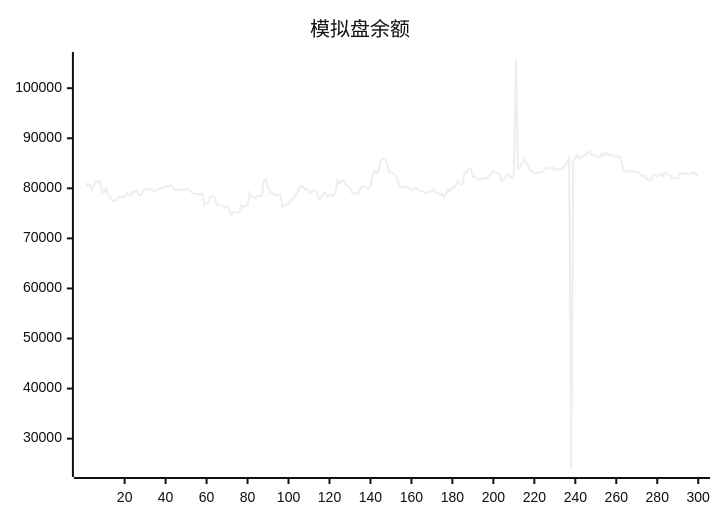
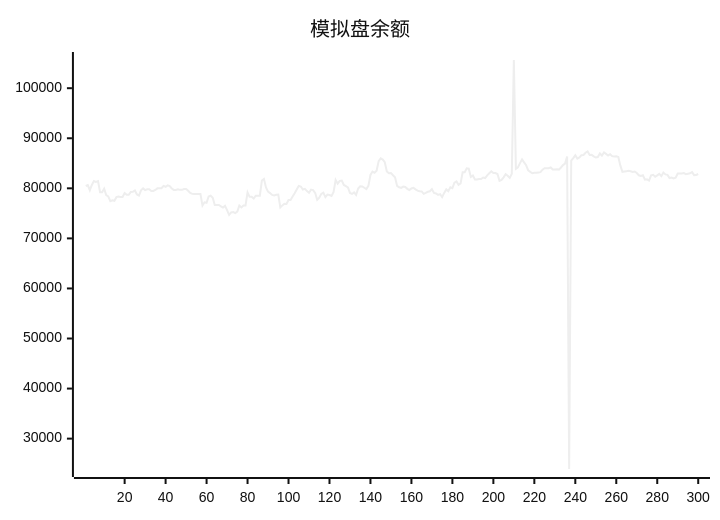
The diagram in README.md (aahl/ai-trading), drawn with Mermaid (neutral theme) before and after one commit. The commit also changed other lines of this file and 1 other file, not shown here.

````diff
--- a/README.md
+++ b/README.md
@@ -5,5 +5,5 @@
 ```mermaid
 xychart
     title "模拟盘余额"
-    line [81119,80471,80631,79624,80670,81448,81290,81429,79212,79222,79940,78643,78380,77432,77623,77504,78235,78358,78284,78277,79048,78714,78714,79290,79308,79567,78763,78563,79603,79988,79652,79813,79813,79476,79469,79673,79995,80015,80015,80486,80314,80600,80436,79966,79689,79689,79819,79692,79692,79850,79850,79518,79071,78889,78850,78850,78878,78878,76554,77202,77103,78357,78510,78106,76678,76677,76672,76411,76159,76485,75656,74695,75197,75246,75052,75334,76564,76179,76553,76551,79196,78300,78300,77944,78531,78531,78521,81564,81884,80160,79335,79055,78675,78580,78708,78764,76179,76586,76902,76876,77658,77669,78346,79023,79769,80497,80366,79761,79896,79448,79126,79749,79658,79097,77695,78114,78888,79126,78249,78738,78653,78478,79271,81680,80923,81488,81527,80681,80455,80190,79084,78879,79193,78686,79954,80403,80374,80118,79848,80491,82665,83351,83098,83525,85430,85983,85737,85221,83378,83014,83043,82613,82216,80477,80208,80081,80348,80277,79894,79670,79965,80093,79786,79542,79406,79371,78893,79087,79304,79406,79841,79072,78978,78696,78846,78272,79085,79787,79442,80198,80031,81120,81379,80718,80985,83214,83212,83993,83921,82270,82547,81776,81776,81866,81866,82158,82061,82596,83000,83408,83041,83050,82858,81503,81691,82188,82812,82517,82092,82901,105633,83898,84180,85030,85781,85178,84604,83569,83298,83008,83093,83107,83175,83228,83729,84025,84017,84019,84177,83775,83762,83785,83738,84160,84639,84939,86370,23934,85548,86046,86599,85942,86161,86622,86664,87115,87369,86666,86685,86384,86152,86243,86969,86548,87164,86885,86566,86809,86427,86348,86417,86273,84538,83299,83369,83430,83490,83404,83270,83362,83056,82605,82459,82614,81734,81788,81551,82598,82702,82320,82580,82878,82426,83139,82778,82686,82056,82166,81963,82110,82951,82983,82984,83038,82838,82915,82998,83235,82642,82682]
+    line [80471,80631,79624,80670,81448,81290,81429,79212,79222,79940,78643,78380,77432,77623,77504,78235,78358,78284,78277,79048,78714,78714,79290,79308,79567,78763,78563,79603,79988,79652,79813,79813,79476,79469,79673,79995,80015,80015,80486,80314,80600,80436,79966,79689,79689,79819,79692,79692,79850,79850,79518,79071,78889,78850,78850,78878,78878,76554,77202,77103,78357,78510,78106,76678,76677,76672,76411,76159,76485,75656,74695,75197,75246,75052,75334,76564,76179,76553,76551,79196,78300,78300,77944,78531,78531,78521,81564,81884,80160,79335,79055,78675,78580,78708,78764,76179,76586,76902,76876,77658,77669,78346,79023,79769,80497,80366,79761,79896,79448,79126,79749,79658,79097,77695,78114,78888,79126,78249,78738,78653,78478,79271,81680,80923,81488,81527,80681,80455,80190,79084,78879,79193,78686,79954,80403,80374,80118,79848,80491,82665,83351,83098,83525,85430,85983,85737,85221,83378,83014,83043,82613,82216,80477,80208,80081,80348,80277,79894,79670,79965,80093,79786,79542,79406,79371,78893,79087,79304,79406,79841,79072,78978,78696,78846,78272,79085,79787,79442,80198,80031,81120,81379,80718,80985,83214,83212,83993,83921,82270,82547,81776,81776,81866,81866,82158,82061,82596,83000,83408,83041,83050,82858,81503,81691,82188,82812,82517,82092,82901,105633,83898,84180,85030,85781,85178,84604,83569,83298,83008,83093,83107,83175,83228,83729,84025,84017,84019,84177,83775,83762,83785,83738,84160,84639,84939,86370,23934,85548,86046,86599,85942,86161,86622,86664,87115,87369,86666,86685,86384,86152,86243,86969,86548,87164,86885,86566,86809,86427,86348,86417,86273,84538,83299,83369,83430,83490,83404,83270,83362,83056,82605,82459,82614,81734,81788,81551,82598,82702,82320,82580,82878,82426,83139,82778,82686,82056,82166,81963,82110,82951,82983,82984,83038,82838,82915,82998,83235,82642,82682,82858]
 ```
````
